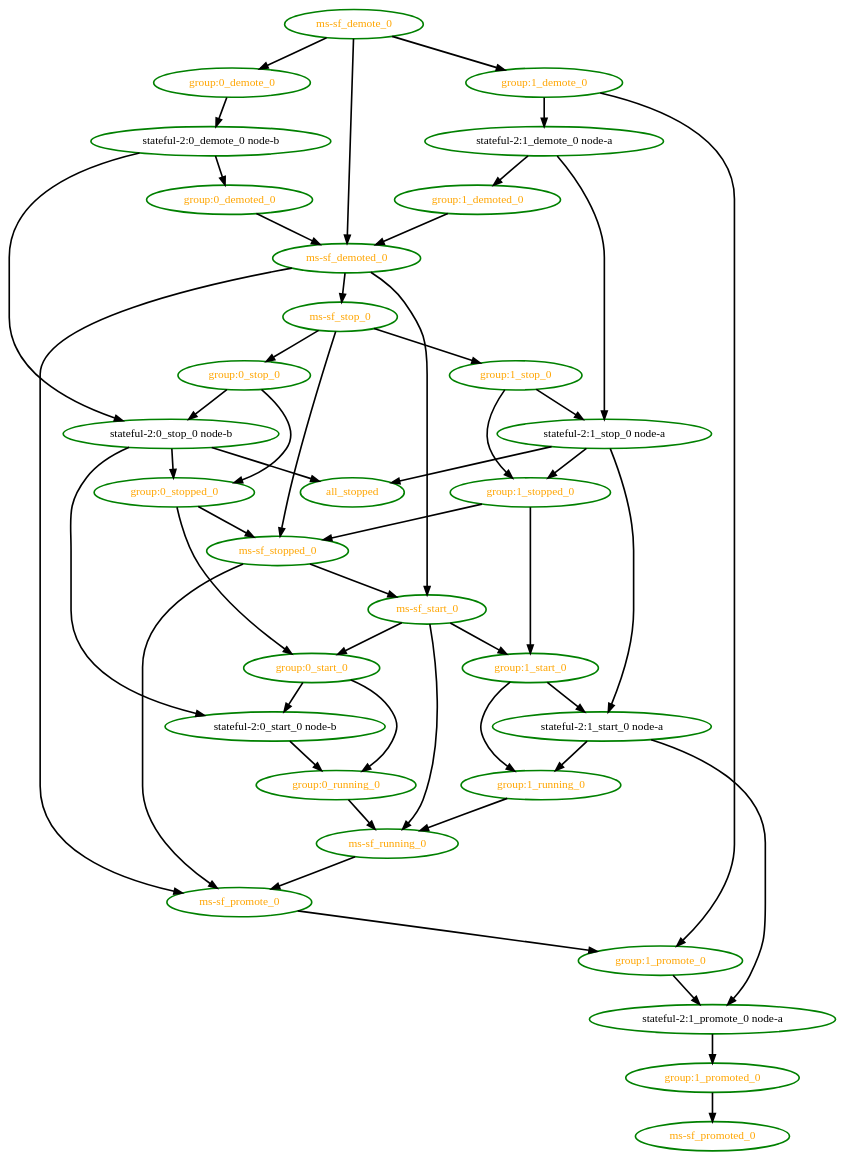
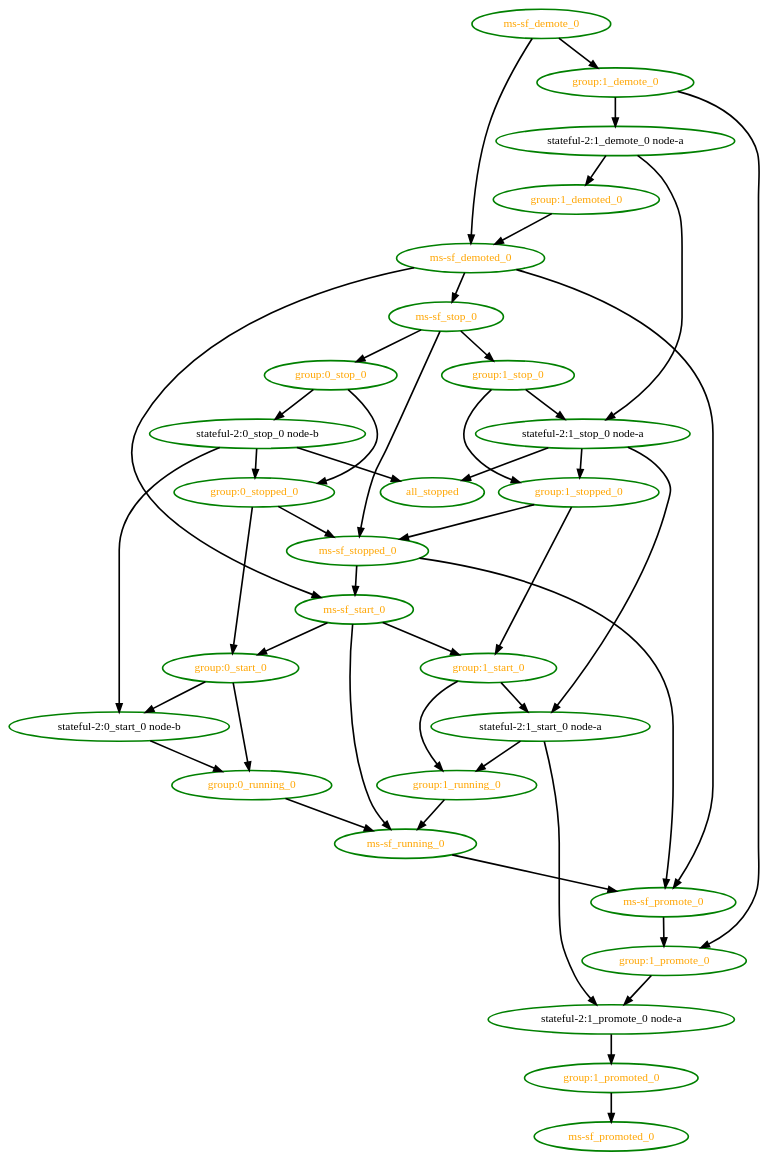
One commit to ClusterLabs/pacemaker changed the diagram in pengine/test10/bug-pm-12.dot. Above: the diagram before and after it, drawn with Graphviz. The commit also changed 69 other files, not shown here.

```diff
--- a/pengine/test10/bug-pm-12.dot
+++ b/pengine/test10/bug-pm-12.dot
@@ -1,83 +1,75 @@
 digraph "g" {
 "all_stopped" [ style=bold color="green" fontcolor="orange" ]
-"group:0_demote_0" -> "stateful-2:0_demote_0 node-b" [ style = bold]
-"group:0_demote_0" [ style=bold color="green" fontcolor="orange" ]
-"group:0_demoted_0" -> "ms-sf_demoted_0" [ style = bold]
-"group:0_demoted_0" [ style=bold color="green" fontcolor="orange" ]
 "group:0_running_0" -> "ms-sf_running_0" [ style = bold]
 "group:0_running_0" [ style=bold color="green" fontcolor="orange" ]
 "group:0_start_0" -> "group:0_running_0" [ style = bold]
 "group:0_start_0" -> "stateful-2:0_start_0 node-b" [ style = bold]
 "group:0_start_0" [ style=bold color="green" fontcolor="orange" ]
 "group:0_stop_0" -> "group:0_stopped_0" [ style = bold]
 "group:0_stop_0" -> "stateful-2:0_stop_0 node-b" [ style = bold]
 "group:0_stop_0" [ style=bold color="green" fontcolor="orange" ]
 "group:0_stopped_0" -> "group:0_start_0" [ style = bold]
 "group:0_stopped_0" -> "ms-sf_stopped_0" [ style = bold]
 "group:0_stopped_0" [ style=bold color="green" fontcolor="orange" ]
 "group:1_demote_0" -> "group:1_promote_0" [ style = bold]
 "group:1_demote_0" -> "stateful-2:1_demote_0 node-a" [ style = bold]
 "group:1_demote_0" [ style=bold color="green" fontcolor="orange" ]
 "group:1_demoted_0" -> "ms-sf_demoted_0" [ style = bold]
 "group:1_demoted_0" [ style=bold color="green" fontcolor="orange" ]
 "group:1_promote_0" -> "stateful-2:1_promote_0 node-a" [ style = bold]
 "group:1_promote_0" [ style=bold color="green" fontcolor="orange" ]
 "group:1_promoted_0" -> "ms-sf_promoted_0" [ style = bold]
 "group:1_promoted_0" [ style=bold color="green" fontcolor="orange" ]
 "group:1_running_0" -> "ms-sf_running_0" [ style = bold]
 "group:1_running_0" [ style=bold color="green" fontcolor="orange" ]
 "group:1_start_0" -> "group:1_running_0" [ style = bold]
 "group:1_start_0" -> "stateful-2:1_start_0 node-a" [ style = bold]
 "group:1_start_0" [ style=bold color="green" fontcolor="orange" ]
 "group:1_stop_0" -> "group:1_stopped_0" [ style = bold]
 "group:1_stop_0" -> "stateful-2:1_stop_0 node-a" [ style = bold]
 "group:1_stop_0" [ style=bold color="green" fontcolor="orange" ]
 "group:1_stopped_0" -> "group:1_start_0" [ style = bold]
 "group:1_stopped_0" -> "ms-sf_stopped_0" [ style = bold]
 "group:1_stopped_0" [ style=bold color="green" fontcolor="orange" ]
-"ms-sf_demote_0" -> "group:0_demote_0" [ style = bold]
 "ms-sf_demote_0" -> "group:1_demote_0" [ style = bold]
 "ms-sf_demote_0" -> "ms-sf_demoted_0" [ style = bold]
 "ms-sf_demote_0" [ style=bold color="green" fontcolor="orange" ]
 "ms-sf_demoted_0" -> "ms-sf_promote_0" [ style = bold]
 "ms-sf_demoted_0" -> "ms-sf_start_0" [ style = bold]
 "ms-sf_demoted_0" -> "ms-sf_stop_0" [ style = bold]
 "ms-sf_demoted_0" [ style=bold color="green" fontcolor="orange" ]
 "ms-sf_promote_0" -> "group:1_promote_0" [ style = bold]
 "ms-sf_promote_0" [ style=bold color="green" fontcolor="orange" ]
 "ms-sf_promoted_0" [ style=bold color="green" fontcolor="orange" ]
 "ms-sf_running_0" -> "ms-sf_promote_0" [ style = bold]
 "ms-sf_running_0" [ style=bold color="green" fontcolor="orange" ]
 "ms-sf_start_0" -> "group:0_start_0" [ style = bold]
 "ms-sf_start_0" -> "group:1_start_0" [ style = bold]
 "ms-sf_start_0" -> "ms-sf_running_0" [ style = bold]
 "ms-sf_start_0" [ style=bold color="green" fontcolor="orange" ]
 "ms-sf_stop_0" -> "group:0_stop_0" [ style = bold]
 "ms-sf_stop_0" -> "group:1_stop_0" [ style = bold]
 "ms-sf_stop_0" -> "ms-sf_stopped_0" [ style = bold]
 "ms-sf_stop_0" [ style=bold color="green" fontcolor="orange" ]
 "ms-sf_stopped_0" -> "ms-sf_promote_0" [ style = bold]
 "ms-sf_stopped_0" -> "ms-sf_start_0" [ style = bold]
 "ms-sf_stopped_0" [ style=bold color="green" fontcolor="orange" ]
-"stateful-2:0_demote_0 node-b" -> "group:0_demoted_0" [ style = bold]
-"stateful-2:0_demote_0 node-b" -> "stateful-2:0_stop_0 node-b" [ style = bold]
-"stateful-2:0_demote_0 node-b" [ style=bold color="green" fontcolor="black" ]
 "stateful-2:0_start_0 node-b" -> "group:0_running_0" [ style = bold]
 "stateful-2:0_start_0 node-b" [ style=bold color="green" fontcolor="black" ]
 "stateful-2:0_stop_0 node-b" -> "all_stopped" [ style = bold]
 "stateful-2:0_stop_0 node-b" -> "group:0_stopped_0" [ style = bold]
 "stateful-2:0_stop_0 node-b" -> "stateful-2:0_start_0 node-b" [ style = bold]
 "stateful-2:0_stop_0 node-b" [ style=bold color="green" fontcolor="black" ]
 "stateful-2:1_demote_0 node-a" -> "group:1_demoted_0" [ style = bold]
 "stateful-2:1_demote_0 node-a" -> "stateful-2:1_stop_0 node-a" [ style = bold]
 "stateful-2:1_demote_0 node-a" [ style=bold color="green" fontcolor="black" ]
 "stateful-2:1_promote_0 node-a" -> "group:1_promoted_0" [ style = bold]
 "stateful-2:1_promote_0 node-a" [ style=bold color="green" fontcolor="black" ]
 "stateful-2:1_start_0 node-a" -> "group:1_running_0" [ style = bold]
 "stateful-2:1_start_0 node-a" -> "stateful-2:1_promote_0 node-a" [ style = bold]
 "stateful-2:1_start_0 node-a" [ style=bold color="green" fontcolor="black" ]
 "stateful-2:1_stop_0 node-a" -> "all_stopped" [ style = bold]
 "stateful-2:1_stop_0 node-a" -> "group:1_stopped_0" [ style = bold]
 "stateful-2:1_stop_0 node-a" -> "stateful-2:1_start_0 node-a" [ style = bold]
 "stateful-2:1_stop_0 node-a" [ style=bold color="green" fontcolor="black" ]
 }
```
